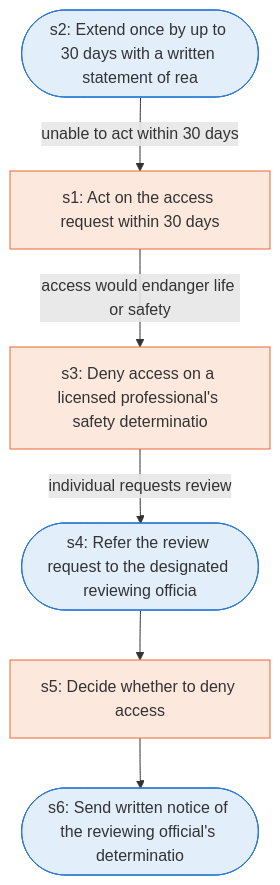
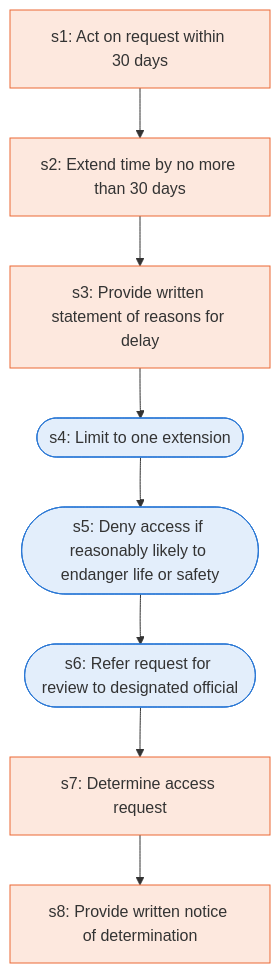
Before and after one commit to Jitesh-Mishra/sop-to-agent-workflows: the diagram in docs/runbooks/hipaa_access_request.md, drawn with Mermaid. The commit also changed other lines of this file and 172 other files, not shown here.

````diff
--- a/docs/runbooks/hipaa_access_request.md
+++ b/docs/runbooks/hipaa_access_request.md
@@ -7,18 +7,22 @@
 ```mermaid
 flowchart TD
-  s1["s1: Act on the access request within 30 days"]
-  s2(["s2: Extend once by up to 30 days with a written statement of rea"])
-  s3["s3: Deny access on a licensed professional's safety determinatio"]
-  s4(["s4: Refer the review request to the designated reviewing officia"])
-  s5["s5: Decide whether to deny access"]
-  s6(["s6: Send written notice of the reviewing official's determinatio"])
-  s2 -->|unable to act within 30 days| s1
-  s1 -->|access would endanger life or safety| s3
-  s3 -->|individual requests review| s4
+  s1["s1: Act on request within 30 days"]
+  s2["s2: Extend time by no more than 30 days"]
+  s3["s3: Provide written statement of reasons for delay"]
+  s4(["s4: Limit to one extension"])
+  s5(["s5: Deny access if reasonably likely to endanger life or safety"])
+  s6(["s6: Refer request for review to designated official"])
+  s7["s7: Determine access request"]
+  s8["s8: Provide written notice of determination"]
+  s1 --> s2
+  s2 --> s3
+  s3 --> s4
   s4 --> s5
   s5 --> s6
+  s6 --> s7
+  s7 --> s8
   classDef agent fill:#e3eefb,stroke:#2a78d6
   classDef human fill:#fde8de,stroke:#eb6834
-  class s2,s4,s6 agent
-  class s1,s3,s5 human
+  class s4,s5,s6 agent
+  class s1,s2,s3,s7,s8 human
 ```
````
